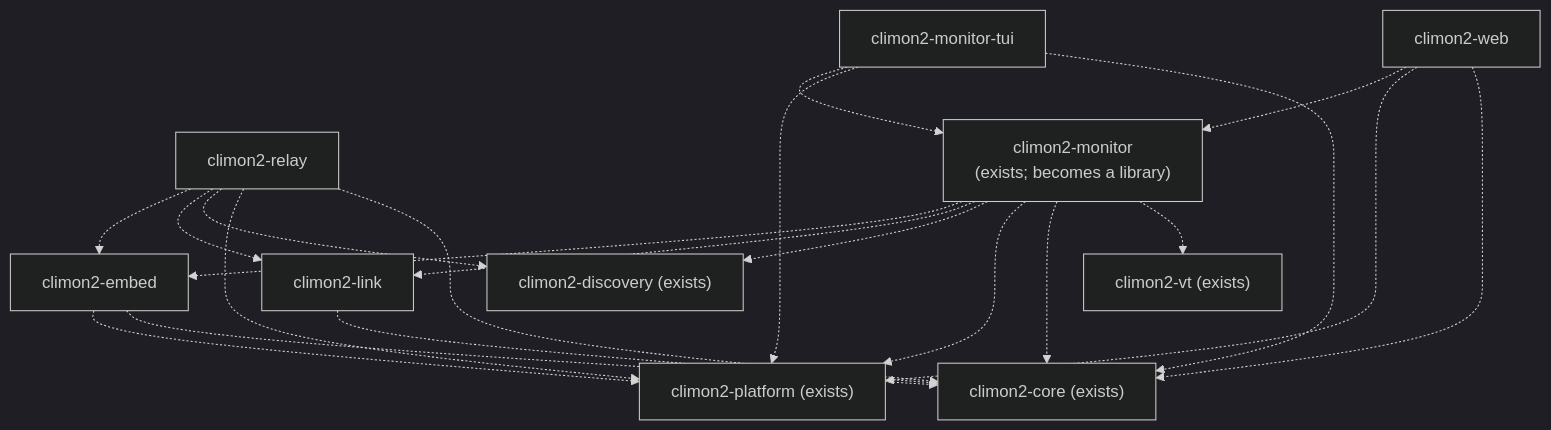
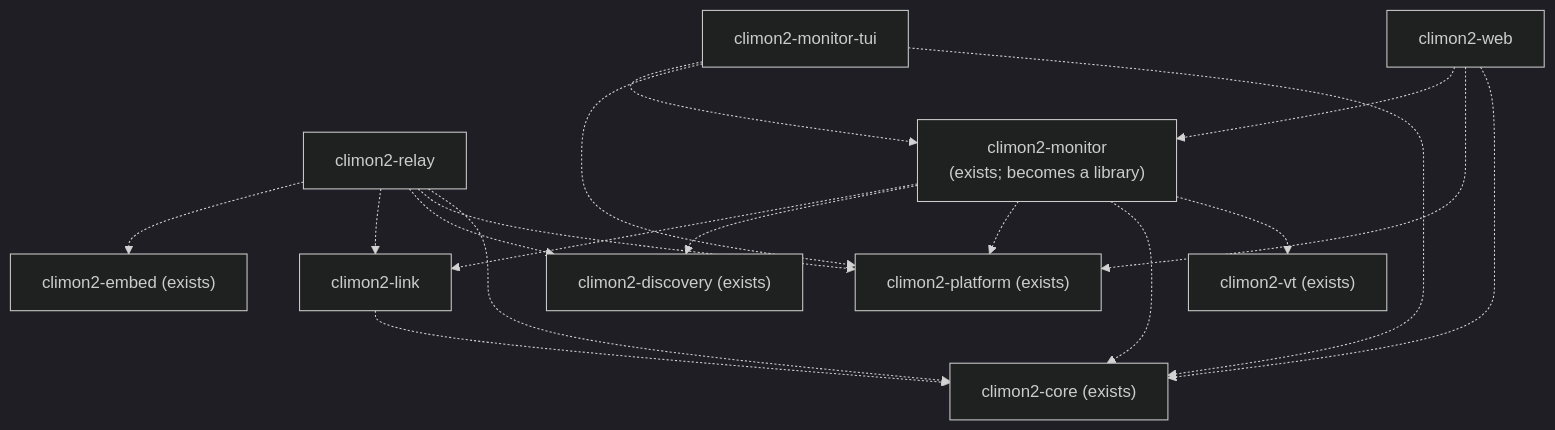
The second of 3 diagrams in docs/for-humans/architecture/crate-relationships.md (jackgeek/climon2), drawn with Mermaid (dark theme) before and after one commit. The commit also changed other lines of this file and 2 other files, not shown here.

````diff
--- a/docs/for-humans/architecture/crate-relationships.md
+++ b/docs/for-humans/architecture/crate-relationships.md
@@ -67,34 +72,31 @@
 ```mermaid
 flowchart TB
     tui["climon2-monitor-tui"]
     web["climon2-web"]
     relay["climon2-relay"]
     monitor["climon2-monitor<br/>(exists; becomes a library)"]
-    embed["climon2-embed"]
+    embed["climon2-embed (exists)"]
     link["climon2-link"]
     discovery["climon2-discovery (exists)"]
     platform["climon2-platform (exists)"]
     core["climon2-core (exists)"]
     vt["climon2-vt (exists)"]
 
     tui -.-> monitor
     tui -.-> platform
     tui -.-> core
     web -.-> monitor
     web -.-> platform
     web -.-> core
     relay -.-> embed
     relay -.-> link
     relay -.-> discovery
     relay -.-> platform
     relay -.-> core
-    monitor -.-> embed
     monitor -.-> link
     monitor -.-> discovery
     monitor -.-> platform
     monitor -.-> core
     monitor -.-> vt
-    embed -.-> platform
-    embed -.-> core
     link -.-> core
 ```
````
